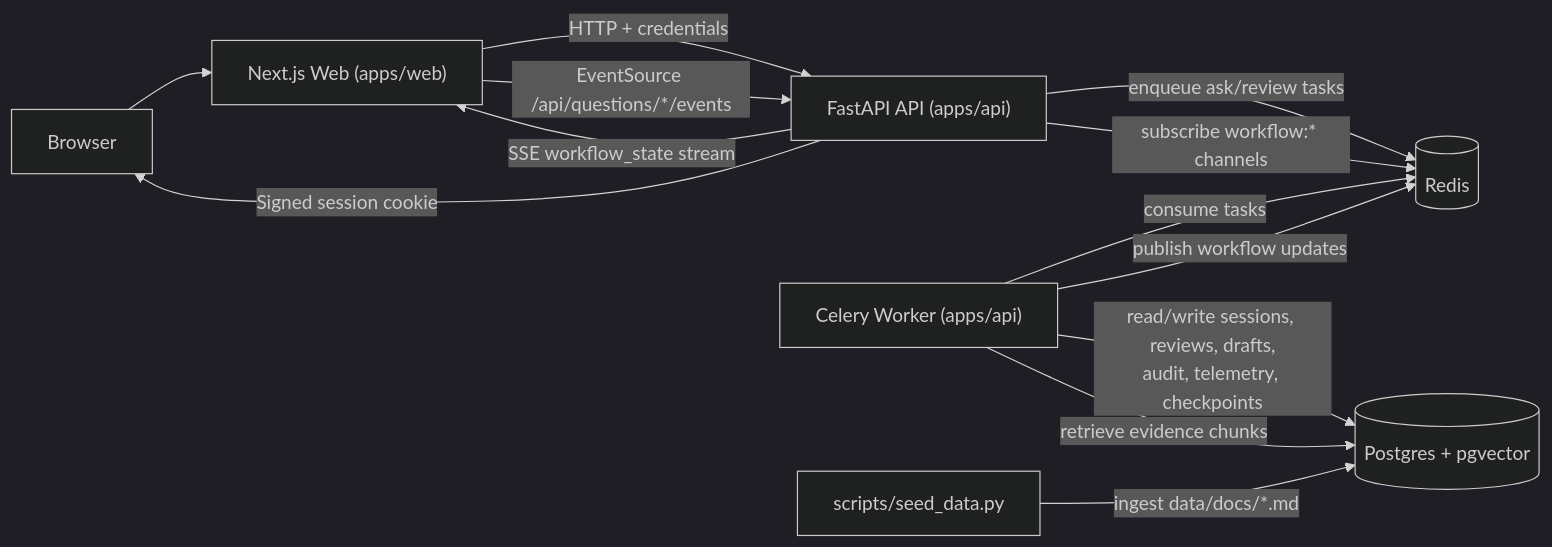
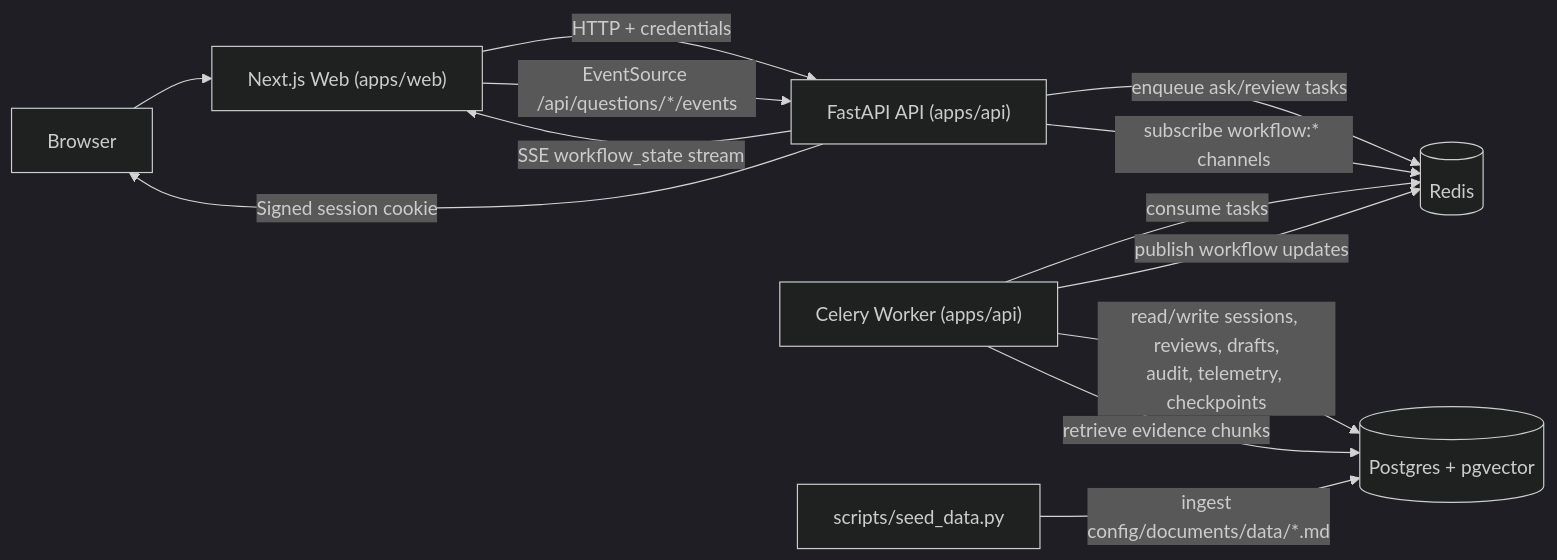
One commit to ajrlewis/respond-ai changed the first of 3 diagrams in README.md. Above: the diagram before and after it, drawn with Mermaid (dark theme). The commit also changed other lines of this file and 5 other files, not shown here.

````diff
--- a/README.md
+++ b/README.md
@@ -18,18 +18,18 @@
 ```mermaid
 flowchart LR
     Browser["Browser"] --> Web["Next.js Web (apps/web)"]
     Web -->|HTTP + credentials| API["FastAPI API (apps/api)"]
     API -->|Signed session cookie| Browser
 
     Web -->|EventSource /api/questions/*/events| API
     API -->|SSE workflow_state stream| Web
 
     API -->|enqueue ask/review tasks| Redis[("Redis")]
     Worker["Celery Worker (apps/api)"] -->|consume tasks| Redis
     Worker -->|publish workflow updates| Redis
     API -->|subscribe workflow:* channels| Redis
 
     Worker -->|read/write sessions, reviews, drafts,\naudit, telemetry, checkpoints| Postgres[("Postgres + pgvector")]
     Worker -->|retrieve evidence chunks| Postgres
-    Seed["scripts/seed_data.py"] -->|ingest data/docs/*.md| Postgres
+    Seed["scripts/seed_data.py"] -->|ingest config/documents/data/*.md| Postgres
 ```
````
